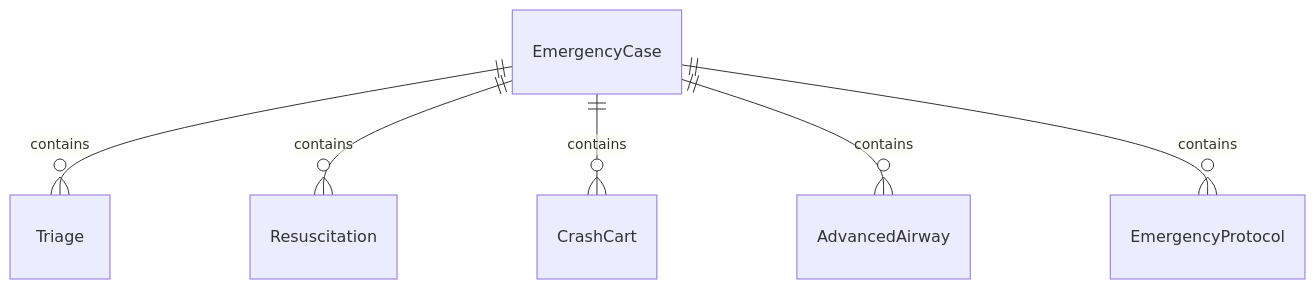
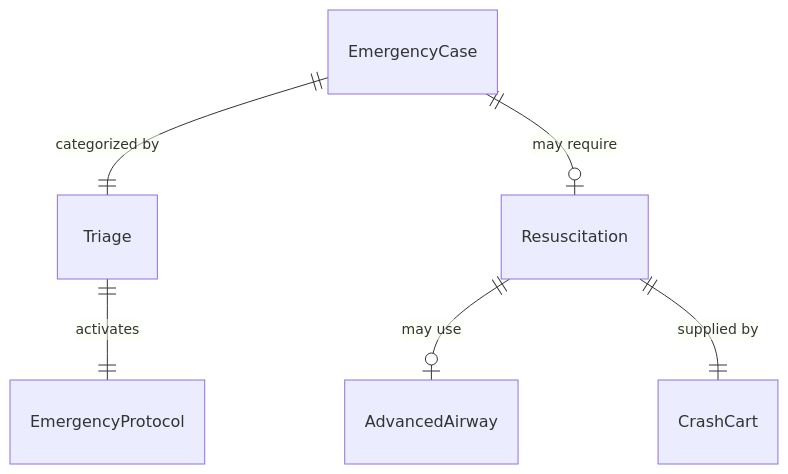
One commit to dot-org-ai/tasks.org.ai changed the first of 4 diagrams in AssistingAndCaringForOthers/AdministerEmergencyMedicalTreatment/TreatMedicalEmergencies.mdx. Above: the diagram before and after it, drawn with Mermaid. The commit also changed other lines of this file and 32 other files, not shown here.

First line of the commit message:
fix: Improve ER and State diagrams in 32 AssistingAndCaringForOthers DWA files

````diff
--- a/AssistingAndCaringForOthers/AdministerEmergencyMedicalTreatment/TreatMedicalEmergencies.mdx
+++ b/AssistingAndCaringForOthers/AdministerEmergencyMedicalTreatment/TreatMedicalEmergencies.mdx
@@ -89,8 +89,8 @@
 ```mermaid
 erDiagram
-    EmergencyCase ||--o{ Triage : contains
-    EmergencyCase ||--o{ Resuscitation : contains
-    EmergencyCase ||--o{ CrashCart : contains
-    EmergencyCase ||--o{ AdvancedAirway : contains
-    EmergencyCase ||--o{ EmergencyProtocol : contains
+    EmergencyCase ||--|| Triage : "categorized by"
+    Triage ||--|| EmergencyProtocol : activates
+    EmergencyCase ||--o| Resuscitation : "may require"
+    Resuscitation ||--o| AdvancedAirway : "may use"
+    Resuscitation ||--|| CrashCart : "supplied by"
 ```
````
